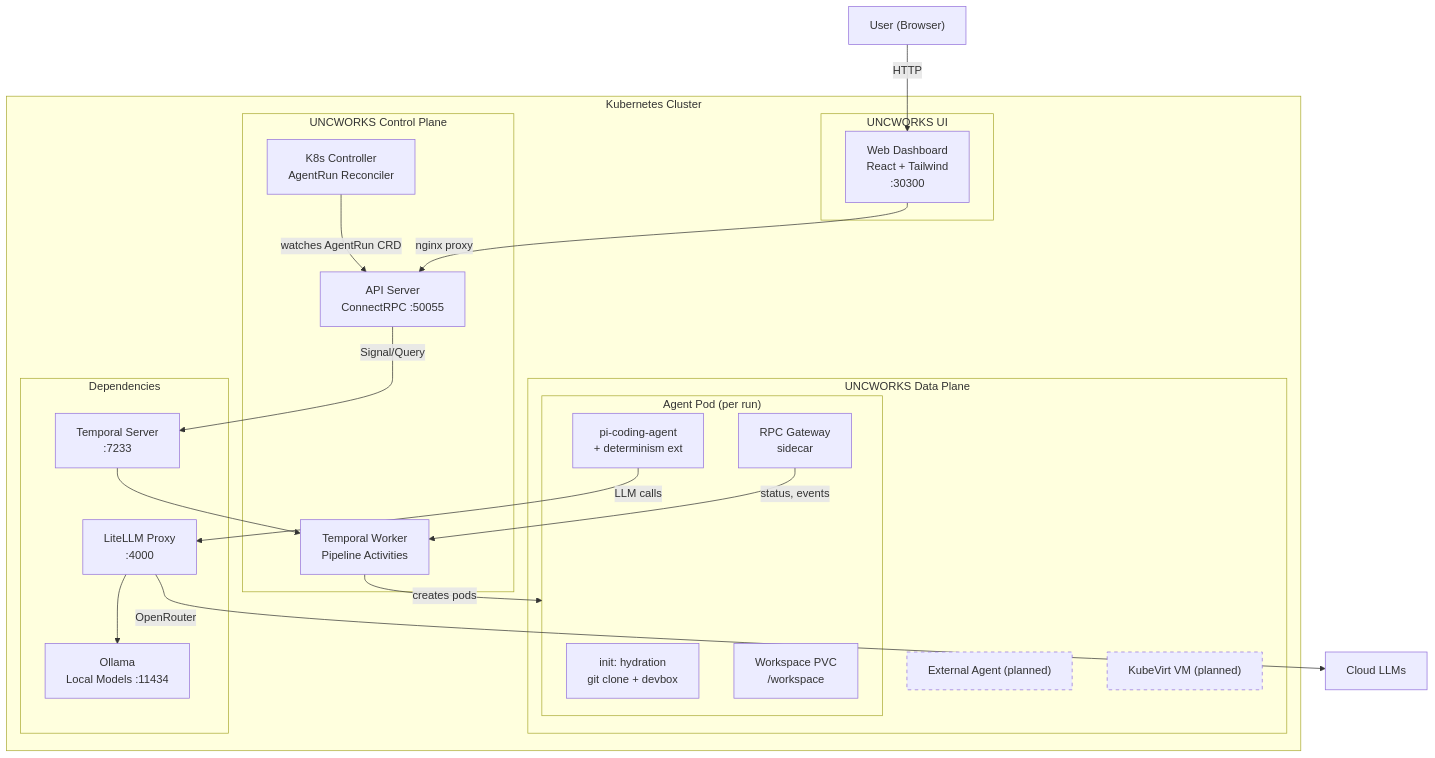
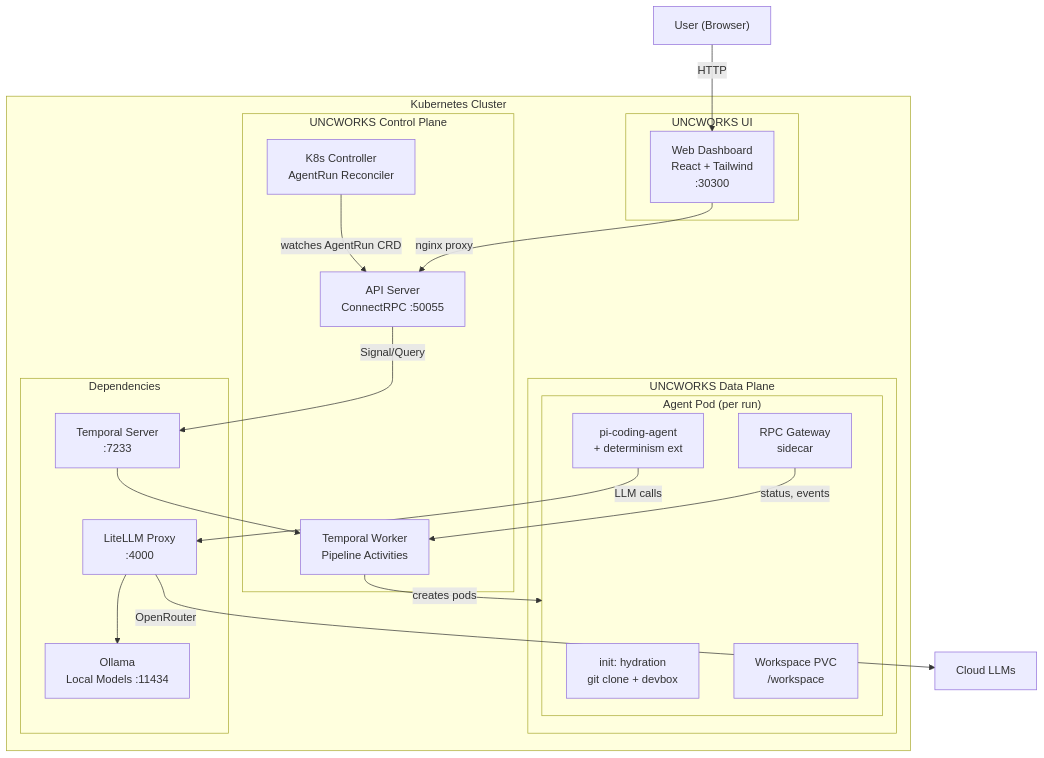
Before and after one commit to ross-corp/uncworks: the diagram in docs/architecture/overview.md, drawn with Mermaid. The commit also changed other lines of this file and 128 other files, not shown here.

````diff
--- a/docs/architecture/overview.md
+++ b/docs/architecture/overview.md
@@ -7,48 +7,44 @@
 ```mermaid
 graph TB
     User["User (Browser)"]
 
     subgraph K8s["Kubernetes Cluster"]
 
         subgraph UI["UNCWORKS UI"]
             Web["Web Dashboard\nReact + Tailwind\n:30300"]
         end
 
         subgraph CP["UNCWORKS Control Plane"]
             API["API Server\nConnectRPC :50055"]
             Ctrl["K8s Controller\nAgentRun Reconciler"]
             TW["Temporal Worker\nPipeline Activities"]
         end
 
         subgraph DP["UNCWORKS Data Plane"]
             subgraph AgentPod["Agent Pod (per run)"]
                 Init["init: hydration\ngit clone + devbox"]
                 Pi["pi-coding-agent\n+ determinism ext"]
                 Sidecar["RPC Gateway\nsidecar"]
                 PVC["Workspace PVC\n/workspace"]
             end
-            ExtAgent["External Agent (planned)"]
-            KubeVirt["KubeVirt VM (planned)"]
         end
 
         subgraph Deps["Dependencies"]
             Temporal["Temporal Server\n:7233"]
             LiteLLM["LiteLLM Proxy\n:4000"]
             Ollama["Ollama\nLocal Models :11434"]
         end
     end
 
     User -->|HTTP| Web
     Web -->|nginx proxy| API
     API -->|Signal/Query| Temporal
     Temporal --> TW
     Ctrl -->|watches AgentRun CRD| API
     TW -->|creates pods| AgentPod
     Sidecar -->|status, events| TW
     Pi -->|LLM calls| LiteLLM
     LiteLLM --> Ollama
     LiteLLM -->|OpenRouter| Cloud["Cloud LLMs"]
 
-    style ExtAgent stroke-dasharray: 5 5
-    style KubeVirt stroke-dasharray: 5 5
 ```
````
